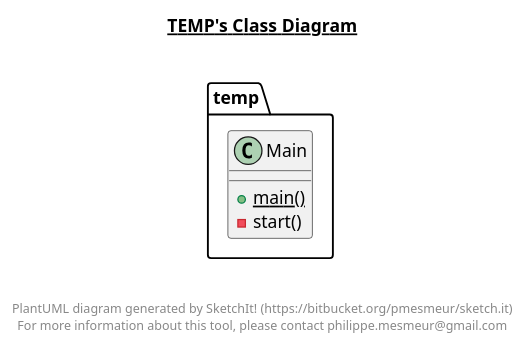
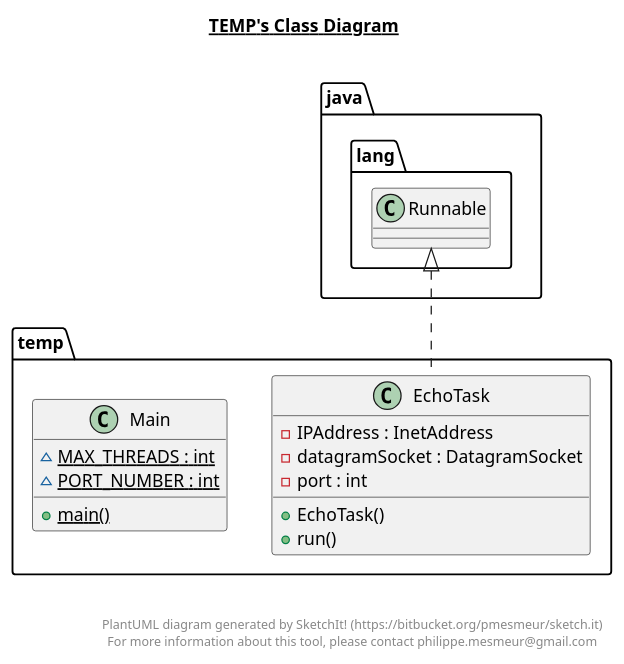
The diagram in out/production/UDPHolePunchingServer/temp/temp.plantuml (THEToilet/stun), drawn with PlantUML before and after one commit. The commit also changed 20 other files, not shown here.

```diff
--- a/out/production/UDPHolePunchingServer/temp/temp.plantuml
+++ b/out/production/UDPHolePunchingServer/temp/temp.plantuml
@@ -1,22 +1,35 @@
 @startuml
 
 title __TEMP's Class Diagram__\n
 
   namespace temp {
-    class temp.Main {
-        {static} + main()
-        - start()
+    class temp.EchoTask {
+        - IPAddress : InetAddress
+        - datagramSocket : DatagramSocket
+        - port : int
+        + EchoTask()
+        + run()
     }
   }
   
 
+  namespace temp {
+    class temp.Main {
+        {static} ~ MAX_THREADS : int
+        {static} ~ PORT_NUMBER : int
+        {static} + main()
+    }
+  }
+  
+
+  temp.EchoTask .up.|> java.lang.Runnable
 
 
 right footer
 
 
 PlantUML diagram generated by SketchIt! (https://bitbucket.org/pmesmeur/sketch.it)
 For more information about this tool, please contact philippe.mesmeur@gmail.com
 endfooter
 
 @enduml
```
